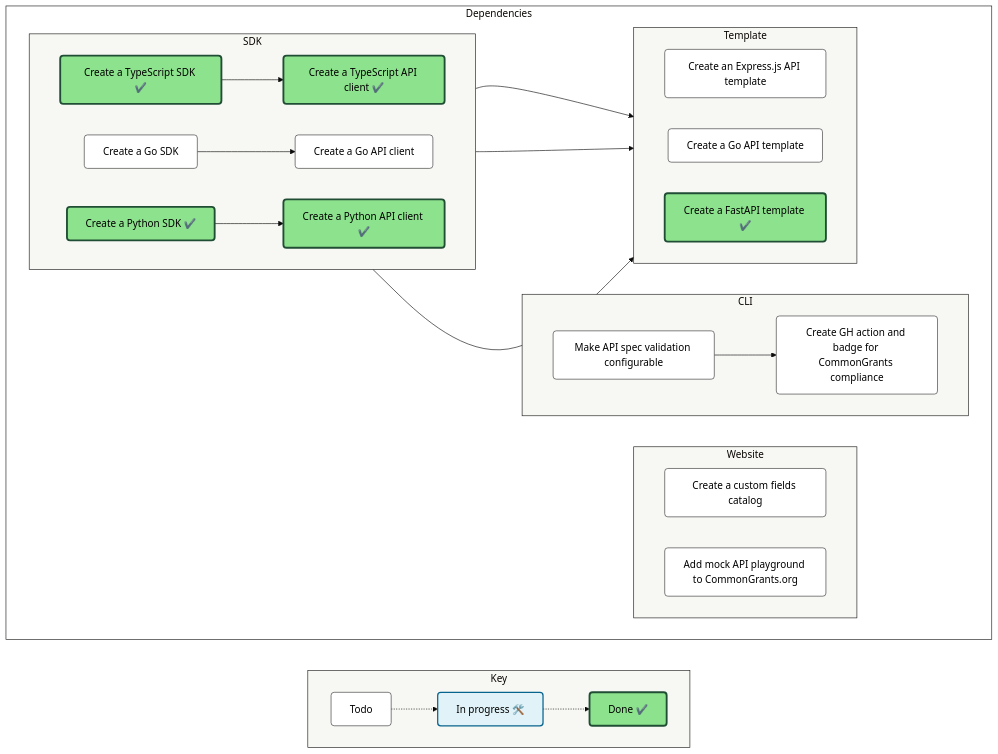
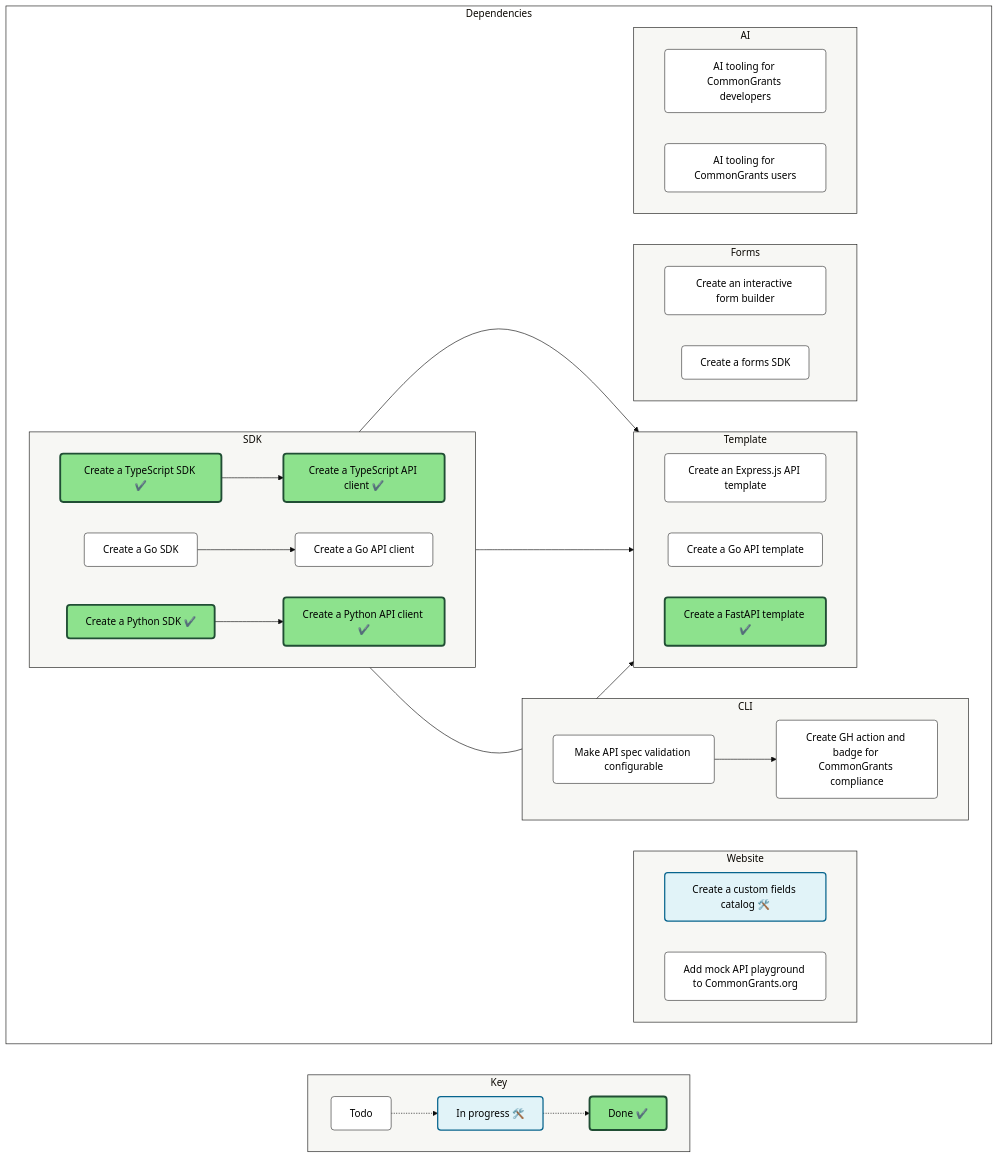
The diagram in README.md (HHS/simpler-grants-protocol), drawn with Mermaid (base theme) before and after one commit. The commit also changed 17 other files, not shown here.

```diff
--- a/README.md
+++ b/README.md
@@ -57,6 +57,8 @@
   style website fill:#F7F7F4,stroke:#171716
   style cli fill:#F7F7F4,stroke:#171716
   style template fill:#F7F7F4,stroke:#171716
+  style forms fill:#F7F7F4,stroke:#171716
+  style ai fill:#F7F7F4,stroke:#171716
 
   %% ─────────────────────────────
   %% Legend
@@ -90,7 +92,7 @@
 
     subgraph website["Website"]
     direction LR
-        HHS/simpler-grants-protocol#330["Create a custom fields catalog"]
+        HHS/simpler-grants-protocol#330["Create a custom fields catalog 🛠️"]:::InProgress
         HHS/simpler-grants-protocol#334["Add mock API playground to CommonGrants.org"]
     end
 
@@ -110,6 +112,20 @@
     end
 
 
+    subgraph forms["Forms"]
+    direction LR
+        HHS/simpler-grants-protocol#604["Create an interactive form builder"]
+        HHS/simpler-grants-protocol#605["Create a forms SDK"]
+    end
+
+
+    subgraph ai["AI"]
+    direction LR
+        HHS/simpler-grants-protocol#615["AI tooling for CommonGrants developers"]
+        HHS/simpler-grants-protocol#616["AI tooling for CommonGrants users"]
+    end
+
+
     %% ─────────────────────────────
     %% Relationships
     %% ─────────────────────────────
```
